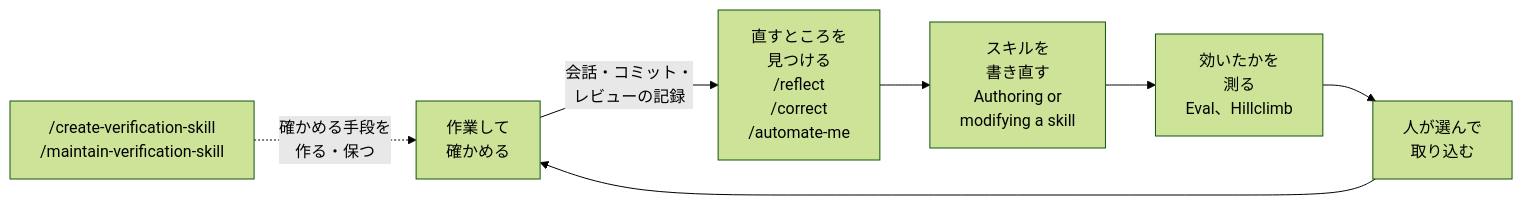
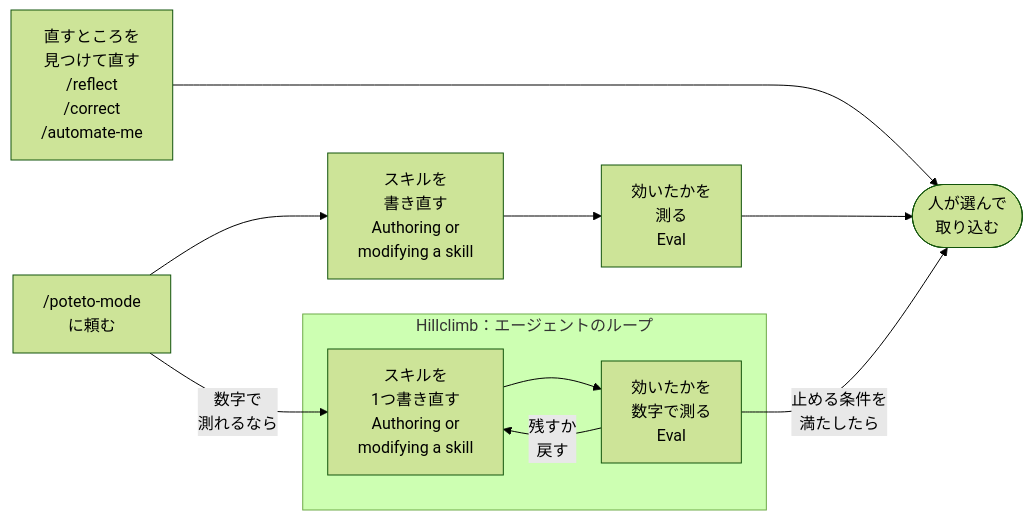
The diagram in articles/pstack-improvement-loop.md (nakamoto-masa/zenn-content), drawn with Mermaid (forest theme) before and after one commit. The commit also changed other lines of this file, not shown here.

````diff
--- a/articles/pstack-improvement-loop.md
+++ b/articles/pstack-improvement-loop.md
@@ -39,9 +52,13 @@
 ```mermaid
 flowchart LR
-  W["作業して<br>確かめる"] -- 会話・コミット・<br>レビューの記録 --> F["直すところを<br>見つける<br>/reflect<br>/correct<br>/automate-me"]
-  F --> B["スキルを<br>書き直す<br>Authoring or<br>modifying a skill"]
-  B --> M["効いたかを<br>測る<br>Eval、Hillclimb"]
-  M --> H["人が選んで<br>取り込む"]
-  H --> W
-  V["/create-verification-skill<br>/maintain-verification-skill"] -. 確かめる手段を<br>作る・保つ .-> W
+  F["直すところを<br>見つけて直す<br>/reflect<br>/correct<br>/automate-me"] ----> H(["人が選んで<br>取り込む"])
+  P["/poteto-mode<br>に頼む"] --> A["スキルを<br>書き直す<br>Authoring or<br>modifying a skill"]
+  A --> E["効いたかを<br>測る<br>Eval"]
+  E --> H
+  P -- 数字で<br>測れるなら --> X
+  subgraph HC["Hillclimb：エージェントのループ"]
+    X["スキルを<br>1つ書き直す<br>Authoring or<br>modifying a skill"] --> Y["効いたかを<br>数字で測る<br>Eval"]
+    Y -- 残すか<br>戻す --> X
+  end
+  Y -- 止める条件を<br>満たしたら --> H
 ```
````
